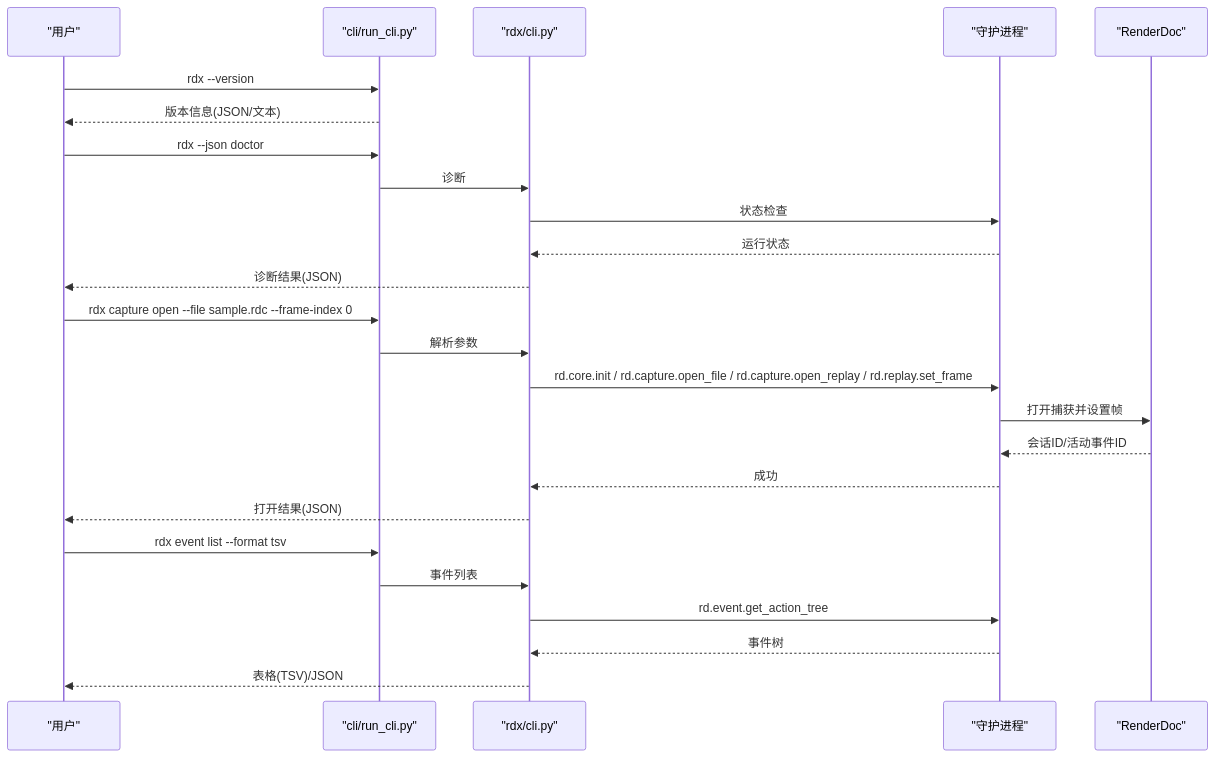
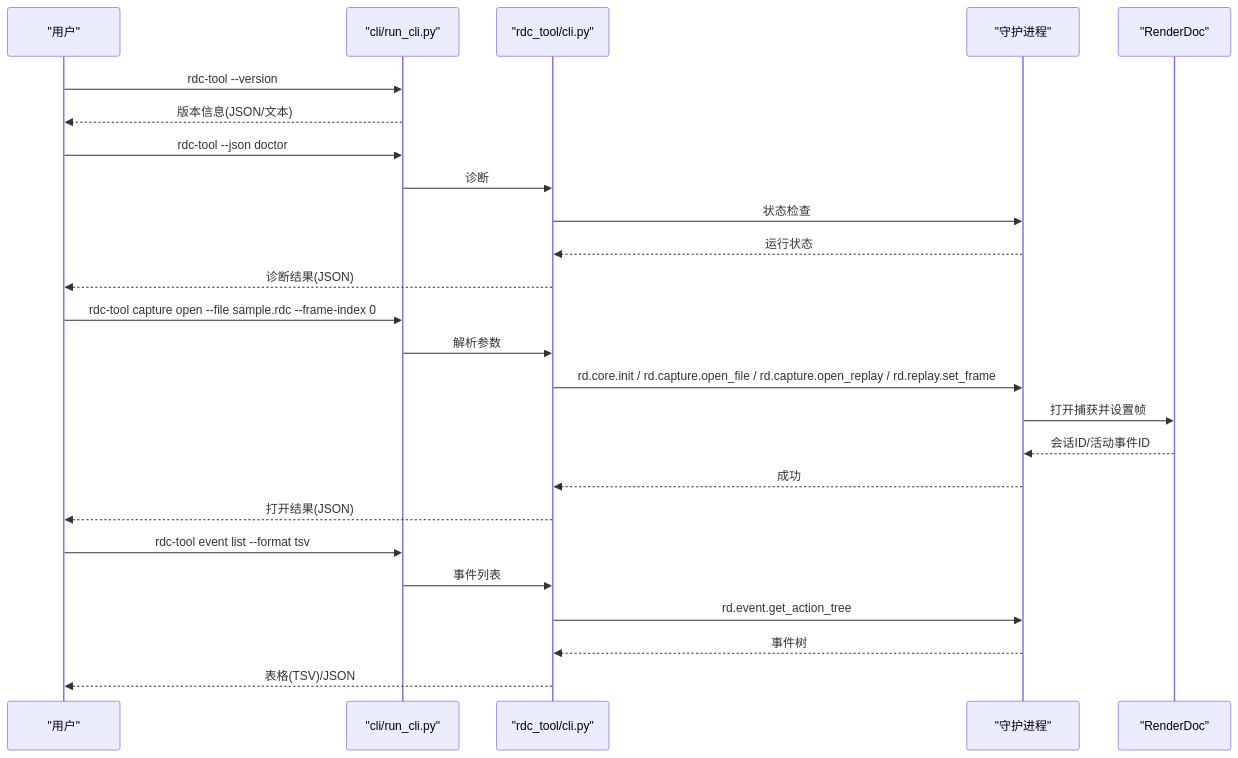
Before and after one commit to haolange/RDC-Tool: the second of 4 diagrams in .qoder/repowiki/zh/content/项目概述/快速开始.md, drawn with Mermaid. The commit also changed other lines of this file and 388 other files, not shown here.

First line of the commit message:
Release RDC-Tool identity and public maintenance surface

````diff
--- a/.qoder/repowiki/zh/content/项目概述/快速开始.md
+++ b/.qoder/repowiki/zh/content/项目概述/快速开始.md
@@ -80,27 +80,27 @@
 ```mermaid
 sequenceDiagram
 participant U as "用户"
 participant CLI as "cli/run_cli.py"
-participant RDX as "rdx/cli.py"
+participant RDC as "rdc_tool/cli.py"
 participant DM as "守护进程"
 participant RD as "RenderDoc"
-U->>CLI : rdx --version
+U->>CLI : rdc-tool --version
 CLI-->>U : 版本信息(JSON/文本)
-U->>CLI : rdx --json doctor
-CLI->>RDX : 诊断
-RDX->>DM : 状态检查
-DM-->>RDX : 运行状态
-RDX-->>U : 诊断结果(JSON)
-U->>CLI : rdx capture open --file sample.rdc --frame-index 0
-CLI->>RDX : 解析参数
-RDX->>DM : rd.core.init / rd.capture.open_file / rd.capture.open_replay / rd.replay.set_frame
+U->>CLI : rdc-tool --json doctor
+CLI->>RDC : 诊断
+RDC->>DM : 状态检查
+DM-->>RDC : 运行状态
+RDC-->>U : 诊断结果(JSON)
+U->>CLI : rdc-tool capture open --file sample.rdc --frame-index 0
+CLI->>RDC : 解析参数
+RDC->>DM : rd.core.init / rd.capture.open_file / rd.capture.open_replay / rd.replay.set_frame
 DM->>RD : 打开捕获并设置帧
 RD-->>DM : 会话ID/活动事件ID
-DM-->>RDX : 成功
-RDX-->>U : 打开结果(JSON)
-U->>CLI : rdx event list --format tsv
-CLI->>RDX : 事件列表
-RDX->>DM : rd.event.get_action_tree
-DM-->>RDX : 事件树
-RDX-->>U : 表格(TSV)/JSON
+DM-->>RDC : 成功
+RDC-->>U : 打开结果(JSON)
+U->>CLI : rdc-tool event list --format tsv
+CLI->>RDC : 事件列表
+RDC->>DM : rd.event.get_action_tree
+DM-->>RDC : 事件树
+RDC-->>U : 表格(TSV)/JSON
 ```
````
